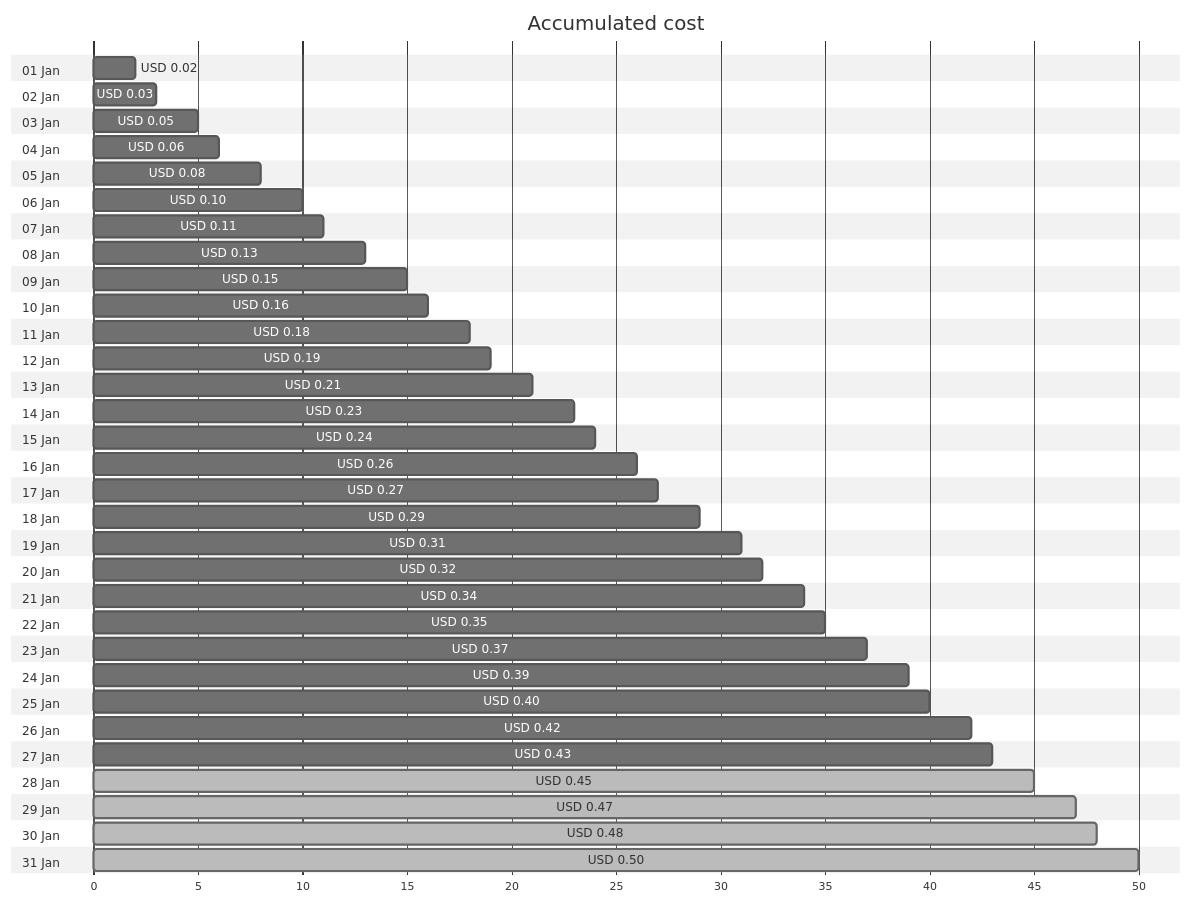
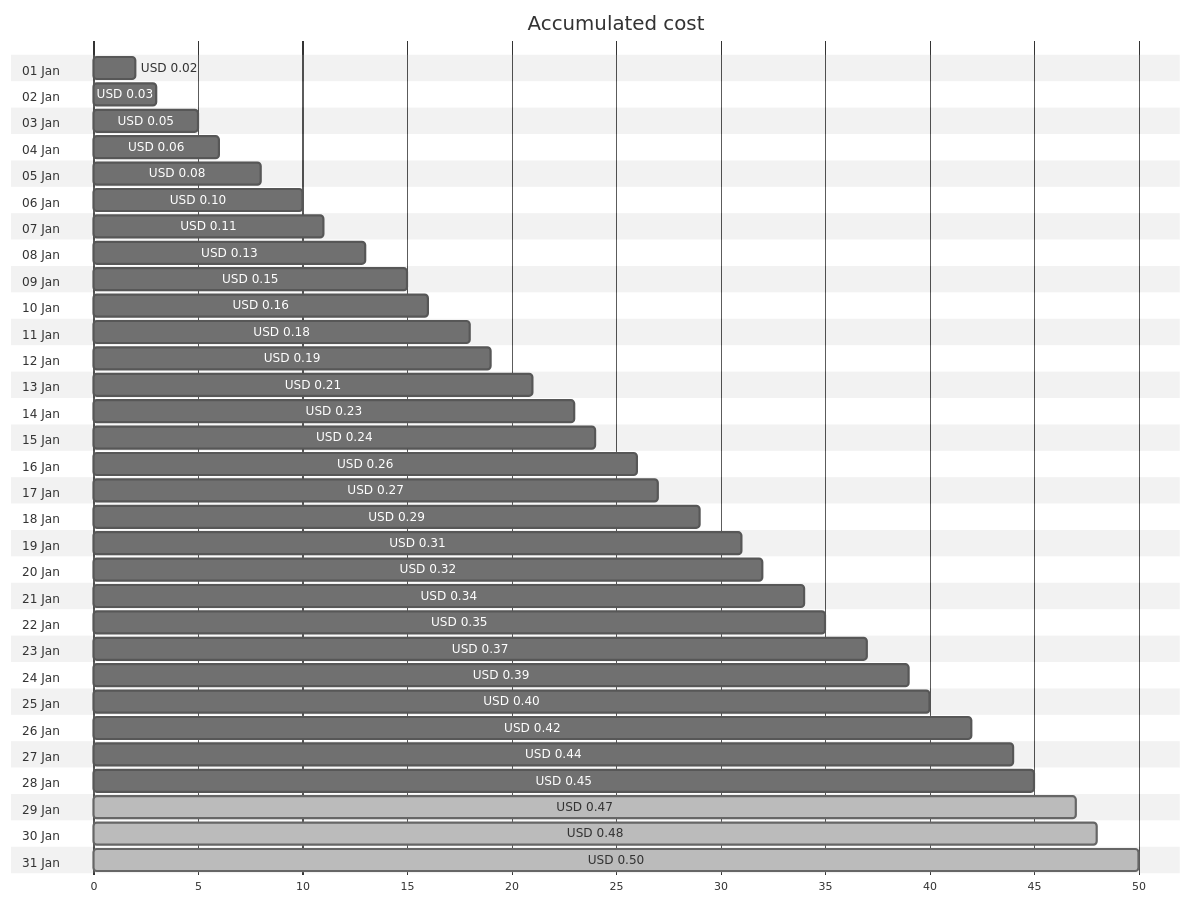
The first of 4 diagrams in cost-reports/personal-network/private.jpatrickfulton.com.md (jpfulton/azure-personal-reports), drawn with Mermaid (neutral theme) before and after one commit. The commit also changed other lines of this file and 8 other files, not shown here.

````diff
--- a/cost-reports/personal-network/private.jpatrickfulton.com.md
+++ b/cost-reports/personal-network/private.jpatrickfulton.com.md
@@ -20,68 +20,68 @@
 ```mermaid
 gantt
    title Accumulated cost
    dateFormat  X
    axisFormat %s
    section 01 Jan
    USD 0.02 :0, 2
    section 02 Jan
    USD 0.03 :0, 3
    section 03 Jan
    USD 0.05 :0, 5
    section 04 Jan
    USD 0.06 :0, 6
    section 05 Jan
    USD 0.08 :0, 8
    section 06 Jan
    USD 0.10 :0, 10
    section 07 Jan
    USD 0.11 :0, 11
    section 08 Jan
    USD 0.13 :0, 13
    section 09 Jan
    USD 0.15 :0, 15
    section 10 Jan
    USD 0.16 :0, 16
    section 11 Jan
    USD 0.18 :0, 18
    section 12 Jan
    USD 0.19 :0, 19
    section 13 Jan
    USD 0.21 :0, 21
    section 14 Jan
    USD 0.23 :0, 23
    section 15 Jan
    USD 0.24 :0, 24
    section 16 Jan
    USD 0.26 :0, 26
    section 17 Jan
    USD 0.27 :0, 27
    section 18 Jan
    USD 0.29 :0, 29
    section 19 Jan
    USD 0.31 :0, 31
    section 20 Jan
    USD 0.32 :0, 32
    section 21 Jan
    USD 0.34 :0, 34
    section 22 Jan
    USD 0.35 :0, 35
    section 23 Jan
    USD 0.37 :0, 37
    section 24 Jan
    USD 0.39 :0, 39
    section 25 Jan
    USD 0.40 :0, 40
    section 26 Jan
    USD 0.42 :0, 42
    section 27 Jan
-   USD 0.43 :0, 43
+   USD 0.44 :0, 44
    section 28 Jan
-   USD 0.45 : done, 0, 45
+   USD 0.45 :0, 45
    section 29 Jan
    USD 0.47 : done, 0, 47
    section 30 Jan
    USD 0.48 : done, 0, 48
    section 31 Jan
    USD 0.50 : done, 0, 50
 ```
````
